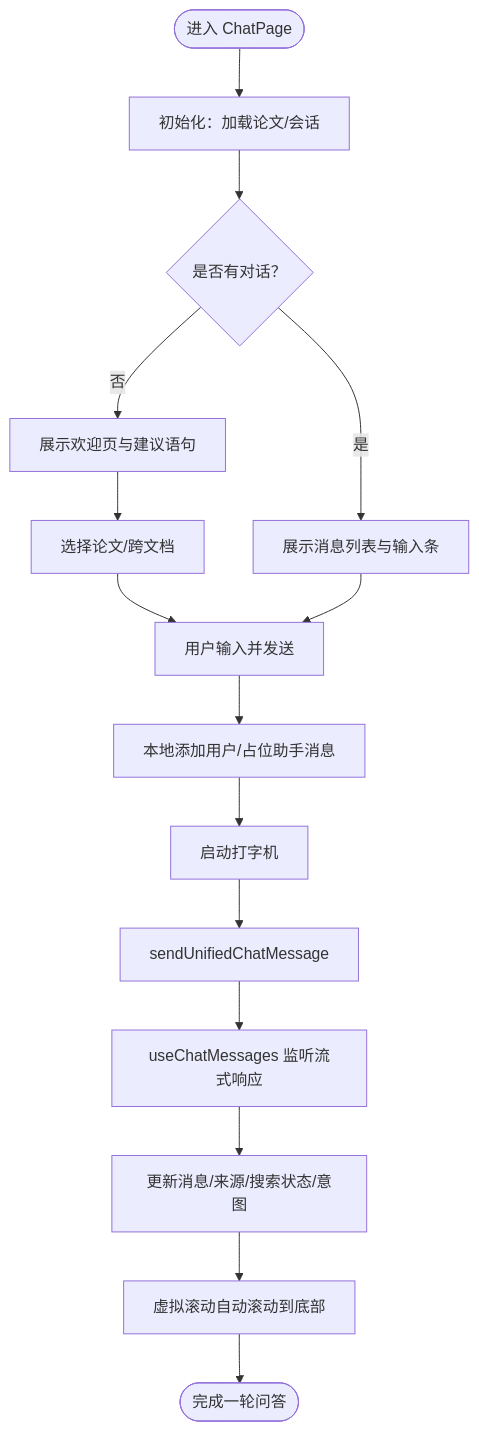
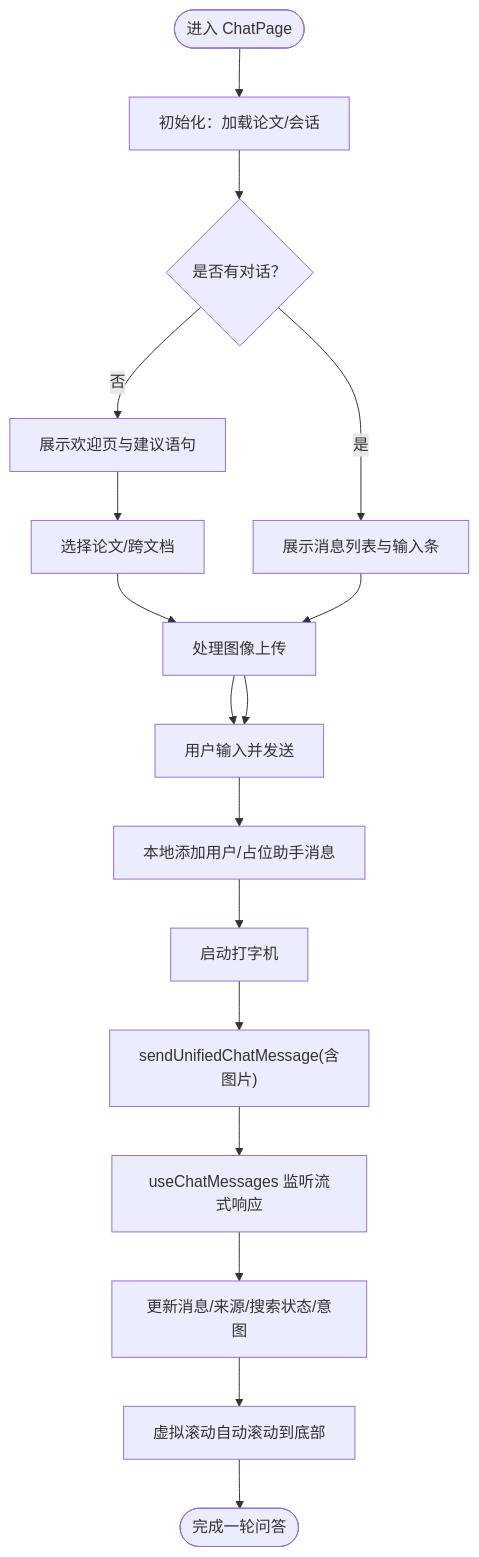
One commit to laohanhahaha/PaperChat changed the third of 6 diagrams in .qoder/repowiki/zh/content/前端系统/页面组件/聊天页面.md. Above: the diagram before and after it, drawn with Mermaid. The commit also changed other lines of this file and 185 other files, not shown here.

````diff
--- a/.qoder/repowiki/zh/content/前端系统/页面组件/聊天页面.md
+++ b/.qoder/repowiki/zh/content/前端系统/页面组件/聊天页面.md
@@ -185,17 +234,19 @@
 ```mermaid
 flowchart TD
 Start(["进入 ChatPage"]) --> Init["初始化：加载论文/会话"]
 Init --> Welcome{"是否有对话？"}
 Welcome --> |否| ShowWelcome["展示欢迎页与建议语句"]
 Welcome --> |是| ShowChat["展示消息列表与输入条"]
 ShowWelcome --> SelectPaper["选择论文/跨文档"]
-SelectPaper --> SendMsg["用户输入并发送"]
-ShowChat --> SendMsg
+SelectPaper --> HandleImage["处理图像上传"]
+HandleImage --> SendMsg["用户输入并发送"]
+ShowChat --> HandleImage
+HandleImage --> SendMsg
 SendMsg --> AddLocalMsg["本地添加用户/占位助手消息"]
 AddLocalMsg --> StartTypewriter["启动打字机"]
-StartTypewriter --> WS["sendUnifiedChatMessage"]
+StartTypewriter --> WS["sendUnifiedChatMessage(含图片)"]
 WS --> Listen["useChatMessages 监听流式响应"]
 Listen --> UpdateUI["更新消息/来源/搜索状态/意图"]
 UpdateUI --> AutoScroll["虚拟滚动自动滚动到底部"]
 AutoScroll --> End(["完成一轮问答"])
 ```
````
